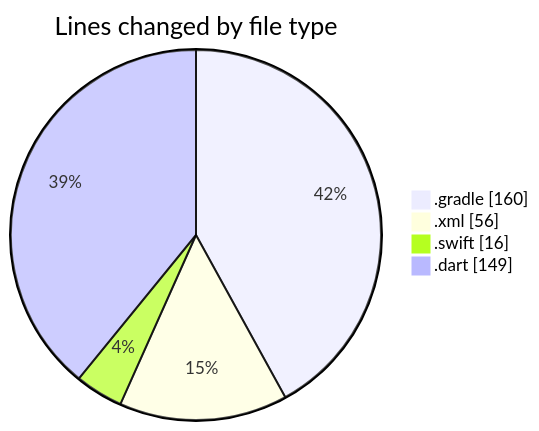
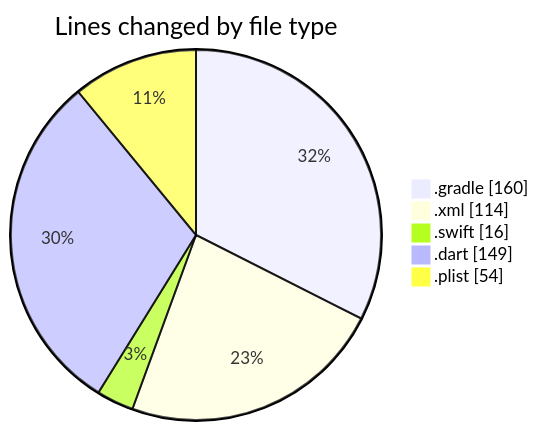
Before and after one commit to donsfak/code-tracking: the first of 2 diagrams in 2025-01-01/uber_clone/README.md, drawn with Mermaid. The commit also changed other lines of this file and 1 other file, not shown here.

````diff
--- a/2025-01-01/uber_clone/README.md
+++ b/2025-01-01/uber_clone/README.md
@@ -26,8 +27,9 @@
 ```mermaid
 pie showData
 title Lines changed by file type
 ".gradle" : 160
-".xml" : 56
+".xml" : 114
 ".swift" : 16
 ".dart" : 149
+".plist" : 54
 ```
````
